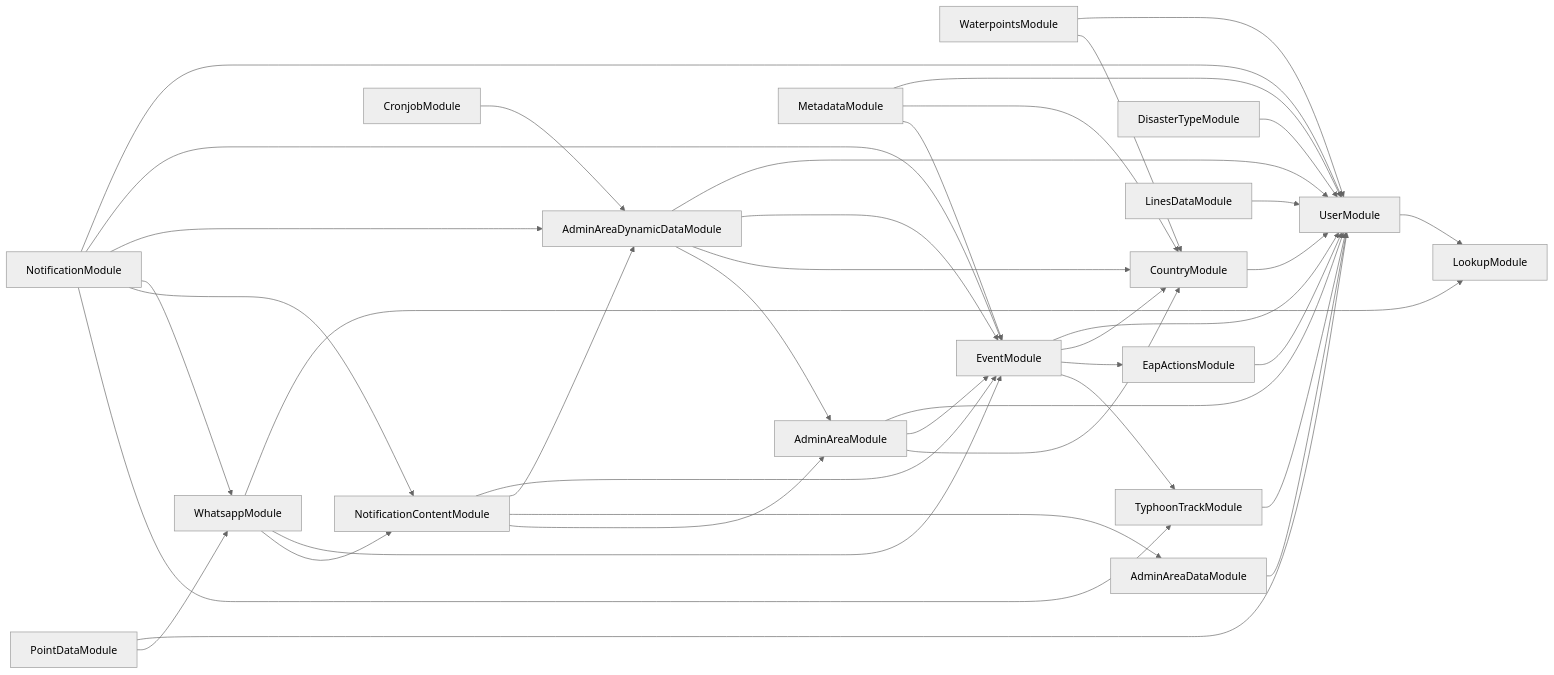
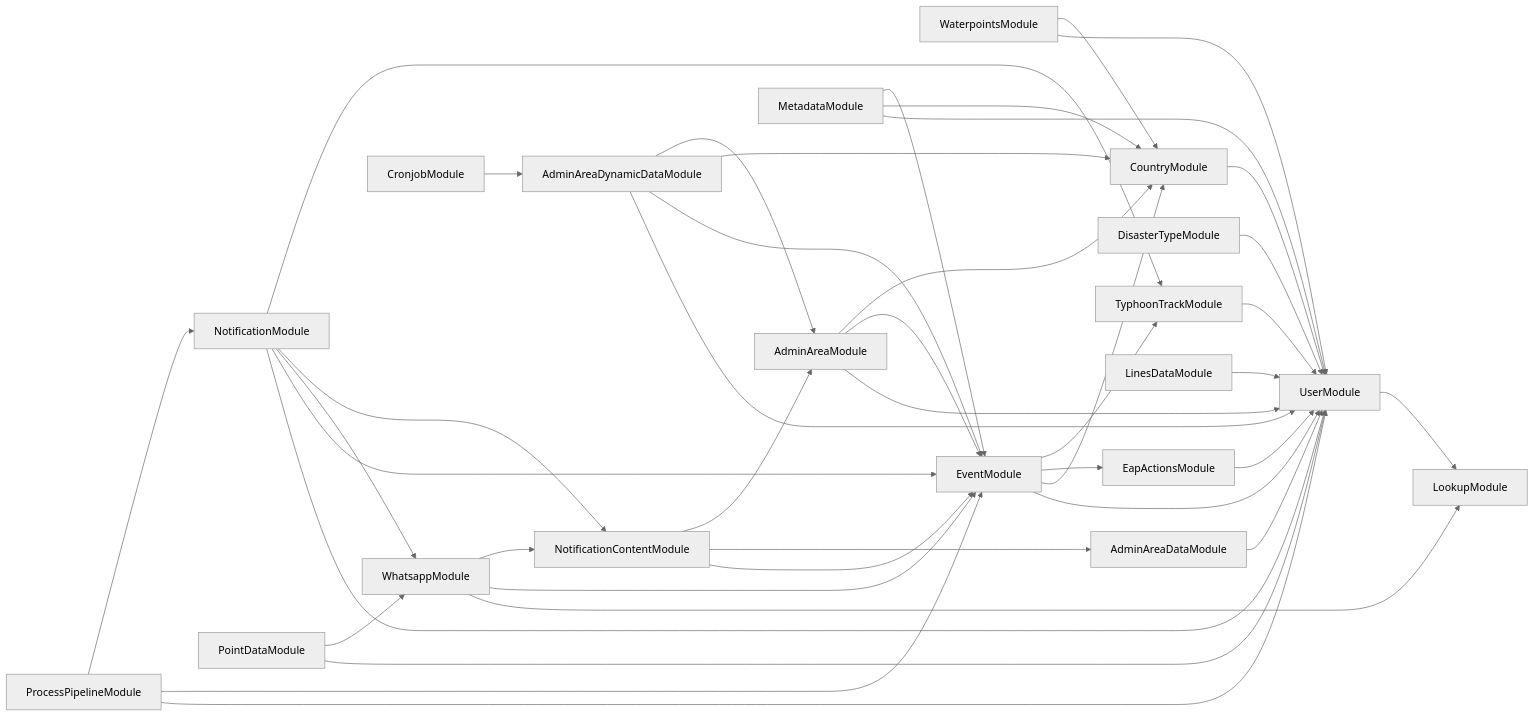
One commit to rodekruis/IBF-system changed the diagram in services/API-service/module-dependencies.md. Above: the diagram before and after it, drawn with Mermaid (neutral theme). The commit also changed 14 other files, not shown here.

Commit message:
refactor: move notification logic into /events/process AB#33720

````diff
--- a/services/API-service/module-dependencies.md
+++ b/services/API-service/module-dependencies.md
@@ -3,42 +3,43 @@
 ```mermaid
 graph LR
   EapActionsModule-->UserModule
   UserModule-->LookupModule
   WaterpointsModule-->UserModule
   WaterpointsModule-->CountryModule
   CountryModule-->UserModule
   AdminAreaModule-->UserModule
   AdminAreaModule-->EventModule
   EventModule-->UserModule
   EventModule-->CountryModule
   EventModule-->EapActionsModule
   EventModule-->TyphoonTrackModule
   TyphoonTrackModule-->UserModule
   AdminAreaModule-->CountryModule
   AdminAreaDynamicDataModule-->UserModule
   AdminAreaDynamicDataModule-->EventModule
   AdminAreaDynamicDataModule-->CountryModule
   AdminAreaDynamicDataModule-->AdminAreaModule
   DisasterTypeModule-->UserModule
+  ProcessPipelineModule-->UserModule
+  ProcessPipelineModule-->EventModule
+  ProcessPipelineModule-->NotificationModule
+  NotificationModule-->UserModule
+  NotificationModule-->EventModule
+  NotificationModule-->WhatsappModule
+  WhatsappModule-->LookupModule
+  WhatsappModule-->EventModule
+  WhatsappModule-->NotificationContentModule
+  NotificationContentModule-->EventModule
+  NotificationContentModule-->AdminAreaDataModule
+  AdminAreaDataModule-->UserModule
+  NotificationContentModule-->AdminAreaModule
+  NotificationModule-->NotificationContentModule
+  NotificationModule-->TyphoonTrackModule
   MetadataModule-->UserModule
   MetadataModule-->CountryModule
   MetadataModule-->EventModule
   PointDataModule-->UserModule
   PointDataModule-->WhatsappModule
-  WhatsappModule-->LookupModule
-  WhatsappModule-->EventModule
-  WhatsappModule-->NotificationContentModule
-  NotificationContentModule-->EventModule
-  NotificationContentModule-->AdminAreaDynamicDataModule
-  NotificationContentModule-->AdminAreaDataModule
-  AdminAreaDataModule-->UserModule
-  NotificationContentModule-->AdminAreaModule
   LinesDataModule-->UserModule
-  NotificationModule-->UserModule
-  NotificationModule-->EventModule
-  NotificationModule-->AdminAreaDynamicDataModule
-  NotificationModule-->WhatsappModule
-  NotificationModule-->NotificationContentModule
-  NotificationModule-->TyphoonTrackModule
   CronjobModule-->AdminAreaDynamicDataModule
 ```
````
